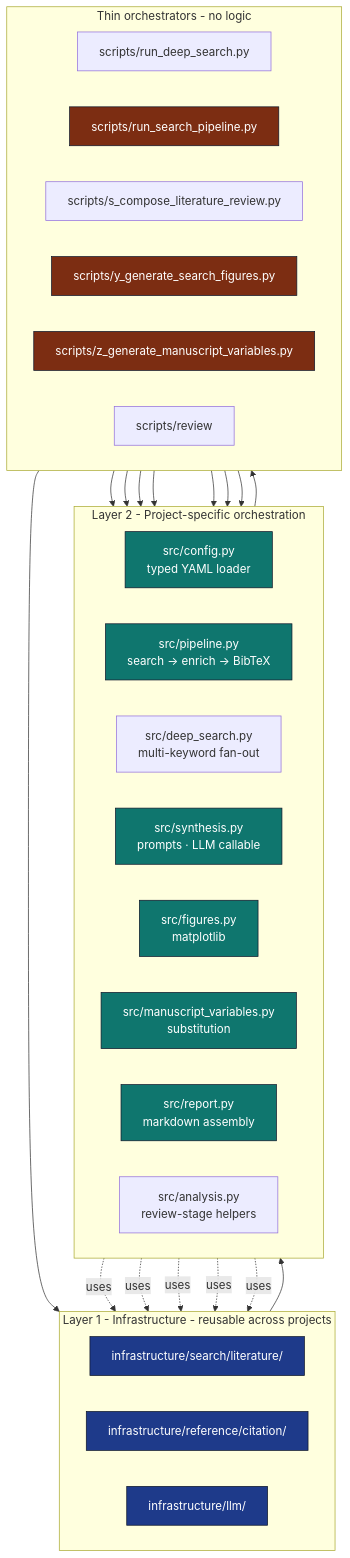
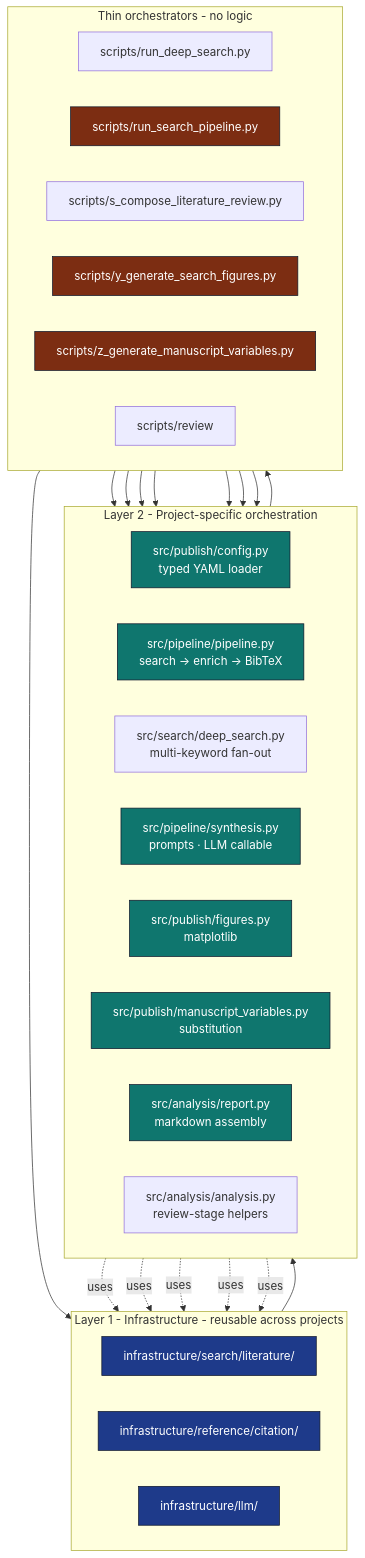
The diagram in projects/templates/template_search_project/docs/architecture.md (docxology/template), drawn with Mermaid before and after one commit. The commit also changed 157 other files, not shown here.

````diff
--- a/projects/templates/template_search_project/docs/architecture.md
+++ b/projects/templates/template_search_project/docs/architecture.md
@@ -5,55 +5,55 @@
 ```mermaid
 flowchart TB
     subgraph L1 [Layer 1 - Infrastructure - reusable across projects]
         direction LR
         SEARCH[infrastructure/search/literature/]
         REF[infrastructure/reference/citation/]
         LLM[infrastructure/llm/]
     end
 
     subgraph L2 [Layer 2 - Project-specific orchestration]
         direction LR
-        CFG[src/config.py<br/>typed YAML loader]
-        PIPE[src/pipeline.py<br/>search → enrich → BibTeX]
-        DEEP[src/deep_search.py<br/>multi-keyword fan-out]
-        SYN[src/synthesis.py<br/>prompts · LLM callable]
-        FIG[src/figures.py<br/>matplotlib]
-        MV[src/manuscript_variables.py<br/>substitution]
-        REP[src/report.py<br/>markdown assembly]
-        AN[src/analysis.py<br/>review-stage helpers]
+        CFG[src/publish/config.py<br/>typed YAML loader]
+        PIPE[src/pipeline/pipeline.py<br/>search → enrich → BibTeX]
+        DEEP[src/search/deep_search.py<br/>multi-keyword fan-out]
+        SYN[src/pipeline/synthesis.py<br/>prompts · LLM callable]
+        FIG[src/publish/figures.py<br/>matplotlib]
+        MV[src/publish/manuscript_variables.py<br/>substitution]
+        REP[src/analysis/report.py<br/>markdown assembly]
+        AN[src/analysis/analysis.py<br/>review-stage helpers]
     end
 
     subgraph SCR [Thin orchestrators - no logic]
         direction LR
         S0[scripts/run_deep_search.py]
         S1[scripts/run_search_pipeline.py]
         SC[scripts/s_compose_literature_review.py]
         S2[scripts/y_generate_search_figures.py]
         S3[scripts/z_generate_manuscript_variables.py]
         SR[scripts/review]
     end
 
     L1 --> L2
     L2 --> SCR
 
     PIPE -.uses.-> SEARCH
     PIPE -.uses.-> REF
     DEEP -.uses.-> SEARCH
     DEEP -.uses.-> REF
     SYN  -.uses.-> LLM
     S0   --> DEEP
     S1   --> PIPE
     S1   --> SYN
     S1   --> REP
     SC   --> REF
     S2   --> FIG
     S3   --> MV
     SR   --> AN
 
     classDef layer1 fill:#1e3a8a,stroke:#0f172a,color:#fff
     classDef layer2 fill:#0f766e,stroke:#0f172a,color:#fff
     classDef scripts fill:#7c2d12,stroke:#0f172a,color:#fff
     class SEARCH,REF,LLM layer1
     class CFG,PIPE,SYN,FIG,MV,REP layer2
     class S1,S2,S3 scripts
 ```
````
